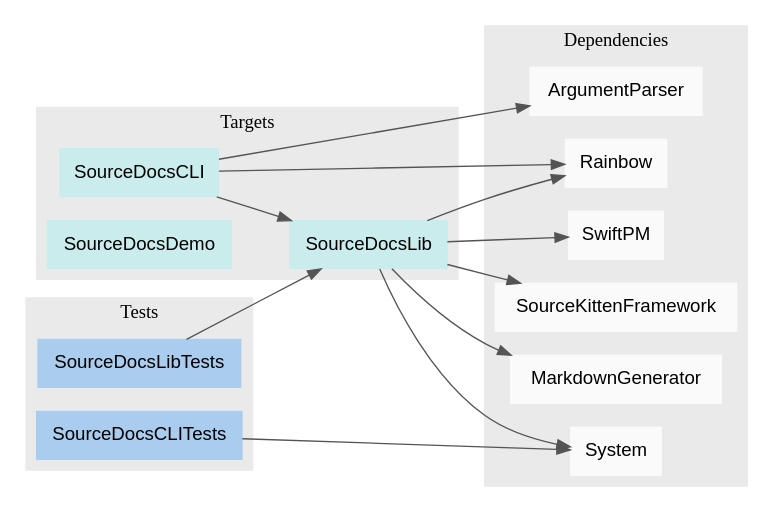
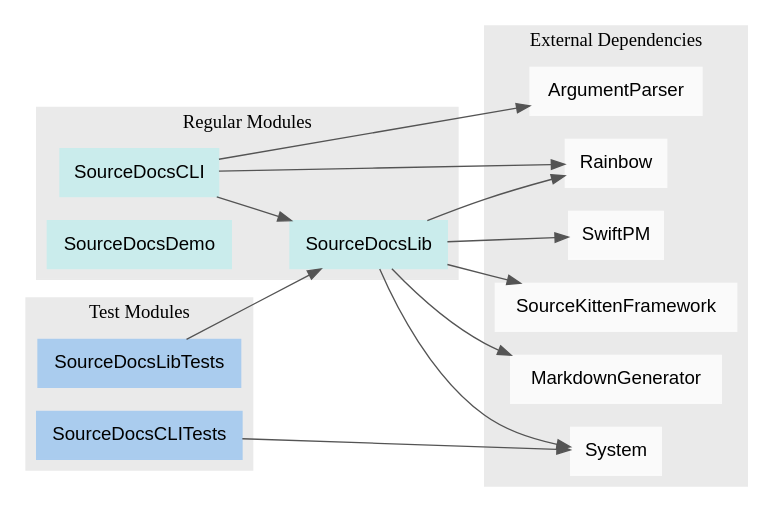
The diagram in PackageModules.dot (SourceDocs/SourceDocs), drawn with Graphviz before and after one commit. The commit also changed 3 other files, not shown here.

```diff
--- a/PackageModules.dot
+++ b/PackageModules.dot
@@ -1,41 +1,41 @@
 digraph ModuleDependencyGraph {
     rankdir = LR
     graph [fontname="Helvetica-light", style = filled, color = "#eaeaea"]
     node [shape=box, fontname="Helvetica", style=filled]
     edge [color="#545454"]
 
     subgraph clusterRegular {
-    label = "Targets"
+    label = "Regular Modules"
     node [color="#caecec"]
     SourceDocsCLI
     SourceDocsLib
     SourceDocsDemo
 }
     subgraph clusterTests {
-    label = "Tests"
+    label = "Test Modules"
     node [color="#aaccee"]
     SourceDocsCLITests
     SourceDocsLibTests
 }
     subgraph clusterExternal {
-    label = "Dependencies"
+    label = "External Dependencies"
     node [color="#fafafa"]
+    ArgumentParser
+    MarkdownGenerator
+    Rainbow
     SourceKittenFramework
-    MarkdownGenerator
-    ArgumentParser
+    SwiftPM
     System
-    Rainbow
-    SwiftPM
 }
 
     SourceDocsCLI -> SourceDocsLib
     SourceDocsCLI -> ArgumentParser
     SourceDocsCLI -> Rainbow
     SourceDocsLib -> SourceKittenFramework
     SourceDocsLib -> MarkdownGenerator
     SourceDocsLib -> Rainbow
     SourceDocsLib -> System
     SourceDocsLib -> SwiftPM
     SourceDocsCLITests -> System
     SourceDocsLibTests -> SourceDocsLib
 }
```
